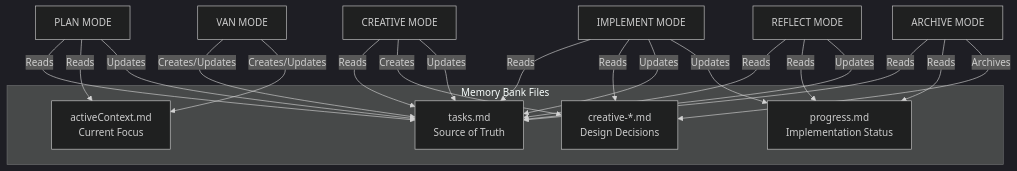
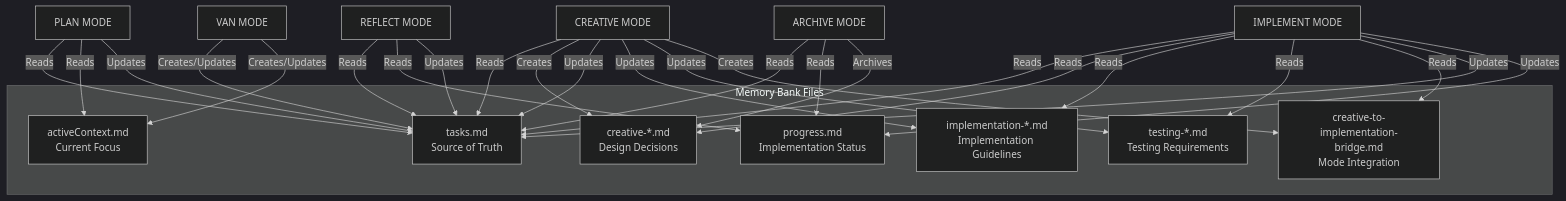
Before and after one commit to bhurn02/rms-invoicing: the third of 4 diagrams in .cursor/rules/isolation_rules/main.mdc, drawn with Mermaid (dark theme). The commit also changed other lines of this file and 14 other files, not shown here.

````diff
--- a/.cursor/rules/isolation_rules/main.mdc
+++ b/.cursor/rules/isolation_rules/main.mdc
@@ -79,33 +79,42 @@
 ```mermaid
 graph TD
     subgraph "Memory Bank Files"
         tasks["tasks.md<br>Source of Truth"]
         active["activeContext.md<br>Current Focus"]
         creative["creative-*.md<br>Design Decisions"]
         progress["progress.md<br>Implementation Status"]
+        impl["implementation-*.md<br>Implementation Guidelines"]
+        testing["testing-*.md<br>Testing Requirements"]
+        bridge["creative-to-implementation-bridge.md<br>Mode Integration"]
     end
     
     VAN["VAN MODE"] -->|"Creates/Updates"| tasks
     VAN -->|"Creates/Updates"| active
     
     PLAN["PLAN MODE"] -->|"Reads"| tasks
     PLAN -->|"Reads"| active
     PLAN -->|"Updates"| tasks
     
     Creative["CREATIVE MODE"] -->|"Reads"| tasks
     Creative -->|"Creates"| creative
     Creative -->|"Updates"| tasks
+    Creative -->|"Updates"| impl
+    Creative -->|"Updates"| testing
+    Creative -->|"Creates"| bridge
     
     Implement["IMPLEMENT MODE"] -->|"Reads"| tasks
     Implement -->|"Reads"| creative
+    Implement -->|"Reads"| impl
+    Implement -->|"Reads"| testing
+    Implement -->|"Reads"| bridge
     Implement -->|"Updates"| tasks
     Implement -->|"Updates"| progress
     
     Reflect["REFLECT MODE"] -->|"Reads"| tasks
     Reflect -->|"Reads"| progress
     Reflect -->|"Updates"| tasks
     
     Archive["ARCHIVE MODE"] -->|"Reads"| tasks
     Archive -->|"Reads"| progress
     Archive -->|"Archives"| creative
 ```
````
